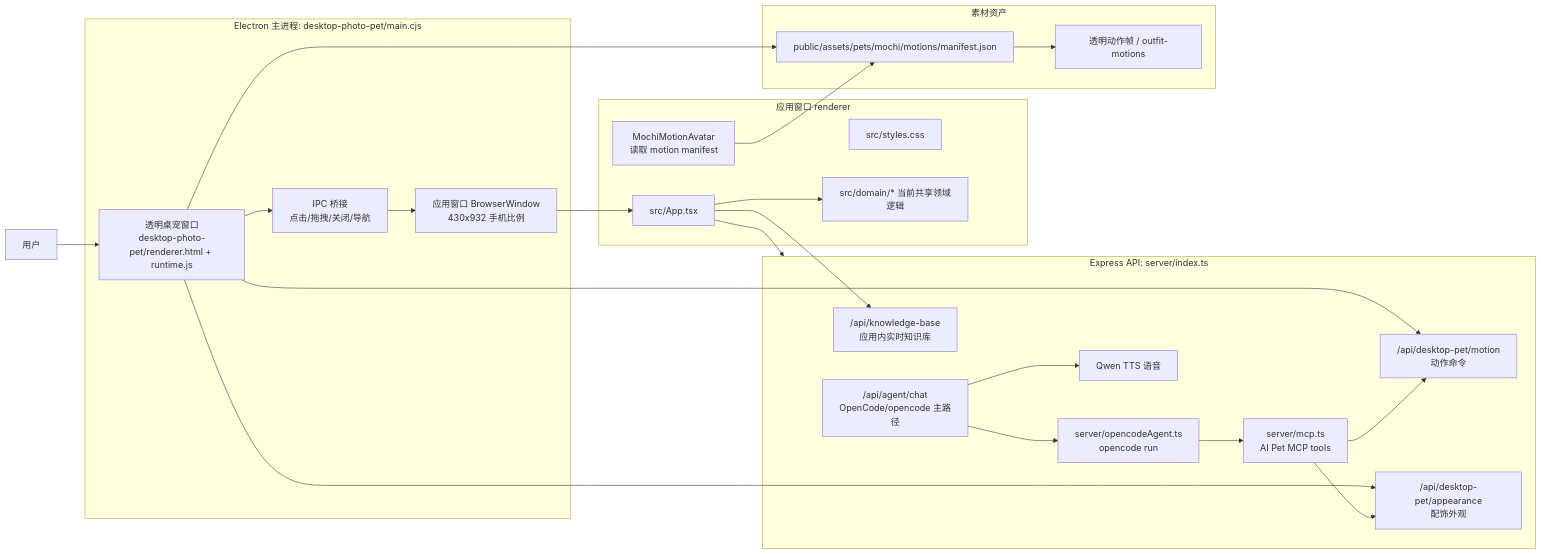
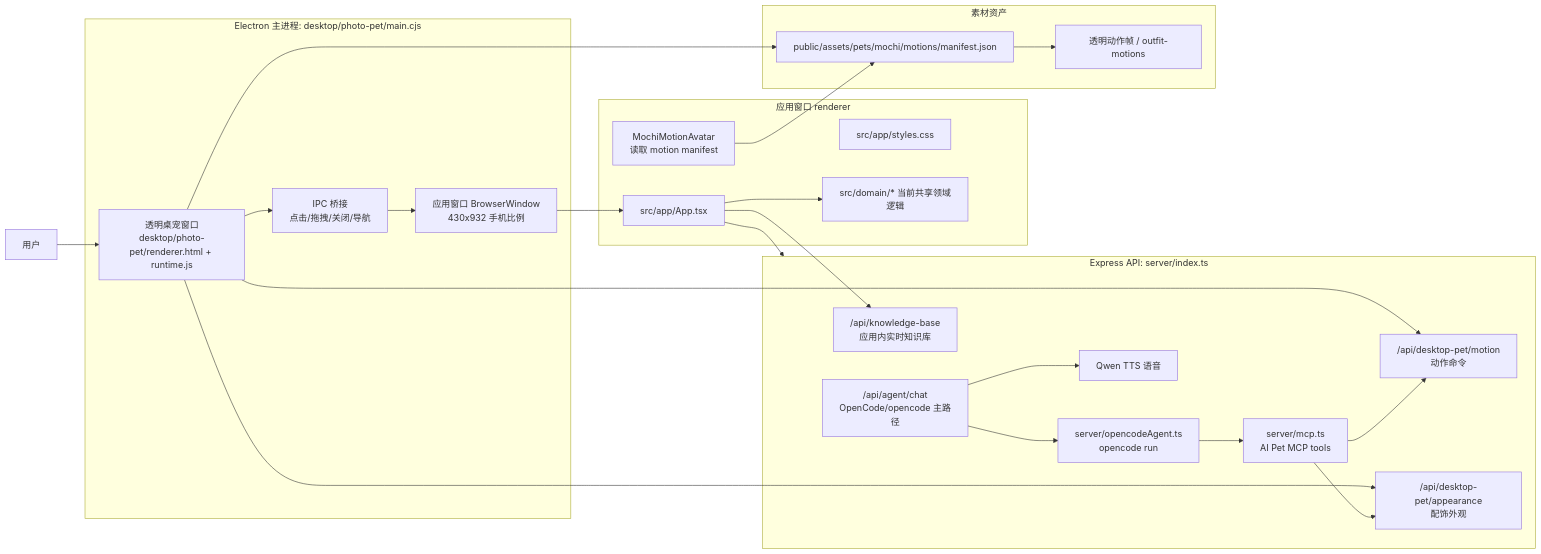
The diagram in ai-pet/docs/architecture/current-system-architecture-2026-05-30.md (rc314159-creator/ai_pet_nono), drawn with Mermaid before and after one commit. The commit also changed other lines of this file and 945 other files, not shown here.

````diff
--- a/ai-pet/docs/architecture/current-system-architecture-2026-05-30.md
+++ b/ai-pet/docs/architecture/current-system-architecture-2026-05-30.md
@@ -47,50 +47,50 @@
 ```mermaid
 flowchart LR
   User["用户"]
 
-  subgraph ElectronMain["Electron 主进程: desktop-photo-pet/main.cjs"]
-    PetWindow["透明桌宠窗口<br/>desktop-photo-pet/renderer.html + runtime.js"]
+  subgraph ElectronMain["Electron 主进程: desktop/photo-pet/main.cjs"]
+    PetWindow["透明桌宠窗口<br/>desktop/photo-pet/renderer.html + runtime.js"]
     AppWindow["应用窗口 BrowserWindow<br/>430x932 手机比例"]
     IPC["IPC 桥接<br/>点击/拖拽/关闭/导航"]
   end
 
   subgraph Renderer["应用窗口 renderer"]
-    ReactApp["src/App.tsx"]
-    Styles["src/styles.css"]
+    ReactApp["src/app/App.tsx"]
+    Styles["src/app/styles.css"]
     DomainClient["src/domain/* 当前共享领域逻辑"]
     MotionAvatar["MochiMotionAvatar<br/>读取 motion manifest"]
   end
 
   subgraph API["Express API: server/index.ts"]
     AgentAPI["/api/agent/chat<br/>OpenCode/opencode 主路径"]
     OpenCode["server/opencodeAgent.ts<br/>opencode run"]
     MCP["server/mcp.ts<br/>AI Pet MCP tools"]
     MotionAPI["/api/desktop-pet/motion<br/>动作命令"]
     AppearanceAPI["/api/desktop-pet/appearance<br/>配饰外观"]
     KnowledgeAPI["/api/knowledge-base<br/>应用内实时知识库"]
     VoiceAPI["Qwen TTS 语音"]
   end
 
   subgraph Assets["素材资产"]
     Manifest["public/assets/pets/mochi/motions/manifest.json"]
     Frames["透明动作帧 / outfit-motions"]
   end
 
   User --> PetWindow
   PetWindow --> IPC
   IPC --> AppWindow
   AppWindow --> ReactApp
   ReactApp --> DomainClient
   ReactApp --> API
   PetWindow --> MotionAPI
   PetWindow --> AppearanceAPI
   ReactApp --> KnowledgeAPI
   MotionAvatar --> Manifest
   PetWindow --> Manifest
   Manifest --> Frames
   AgentAPI --> OpenCode
   OpenCode --> MCP
   MCP --> MotionAPI
   MCP --> AppearanceAPI
   AgentAPI --> VoiceAPI
 ```
````
